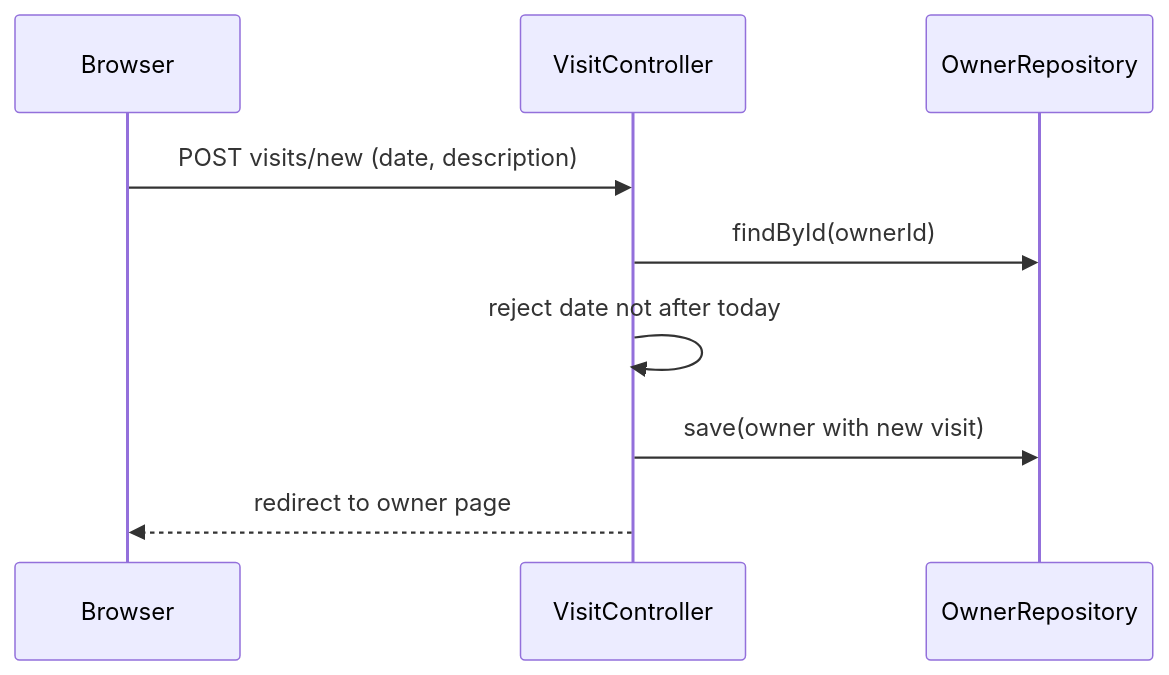
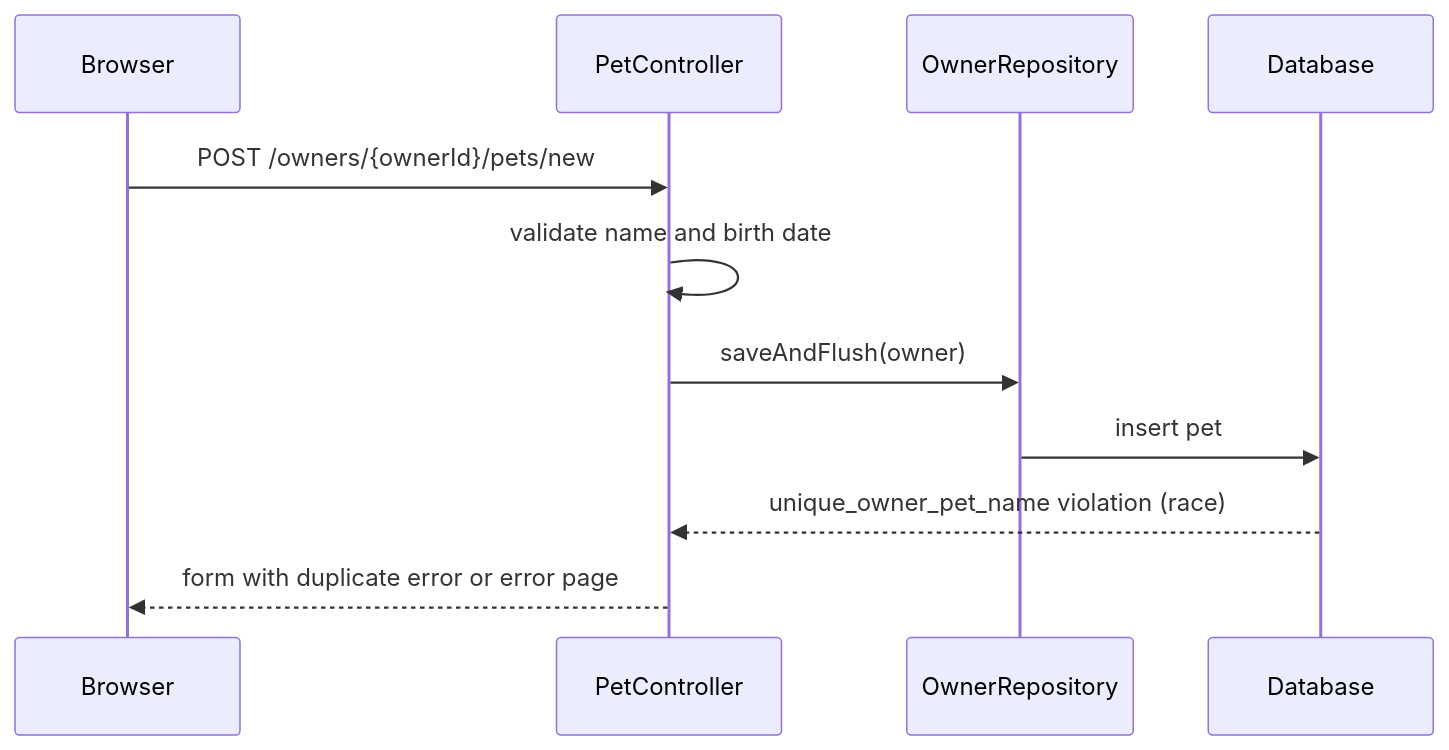
Before and after one commit to HeWhoRoams/AppDoc: the second of 4 diagrams in examples/current/spring-petclinic/application-documentation.md, drawn with Mermaid. The commit also changed other lines of this file and 64 other files, not shown here.

````diff
--- a/examples/current/spring-petclinic/application-documentation.md
+++ b/examples/current/spring-petclinic/application-documentation.md
@@ -432,11 +403,13 @@
 ```mermaid
 sequenceDiagram
   participant B as Browser
-  participant V as VisitController
+  participant C as PetController
   participant O as OwnerRepository
-  B->>V: POST visits/new (date, description)
-  V->>O: findById(ownerId)
-  V->>V: reject date not after today
-  V->>O: save(owner with new visit)
-  V-->>B: redirect to owner page
+  participant D as Database
+  B->>C: POST /owners/{ownerId}/pets/new
+  C->>C: validate name and birth date
+  C->>O: saveAndFlush(owner)
+  O->>D: insert pet
+  D-->>C: unique_owner_pet_name violation (race)
+  C-->>B: form with duplicate error or error page
 ```
````
